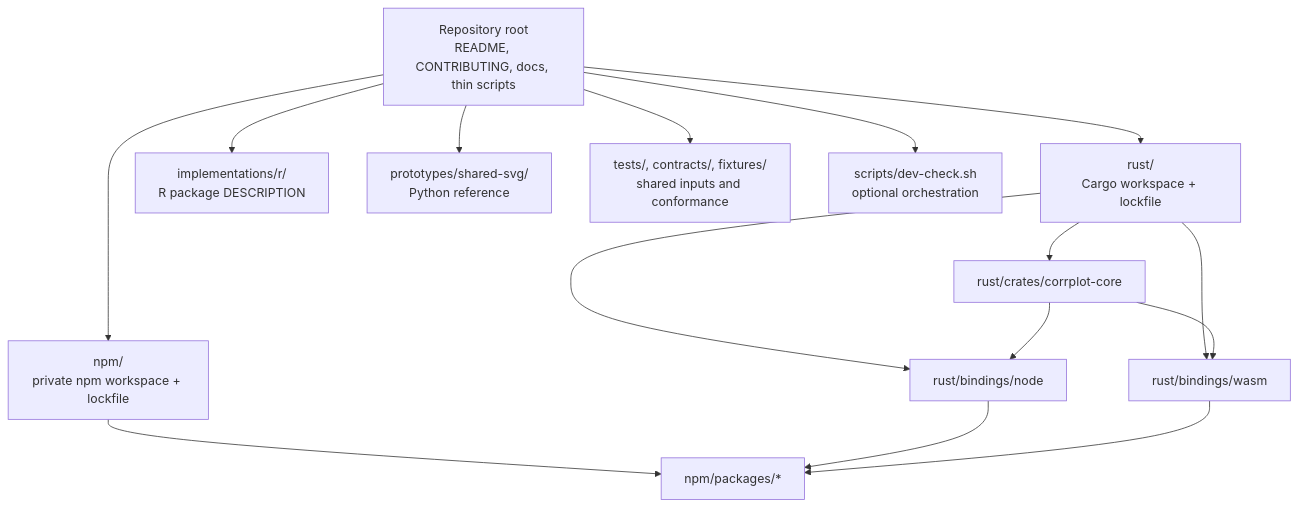
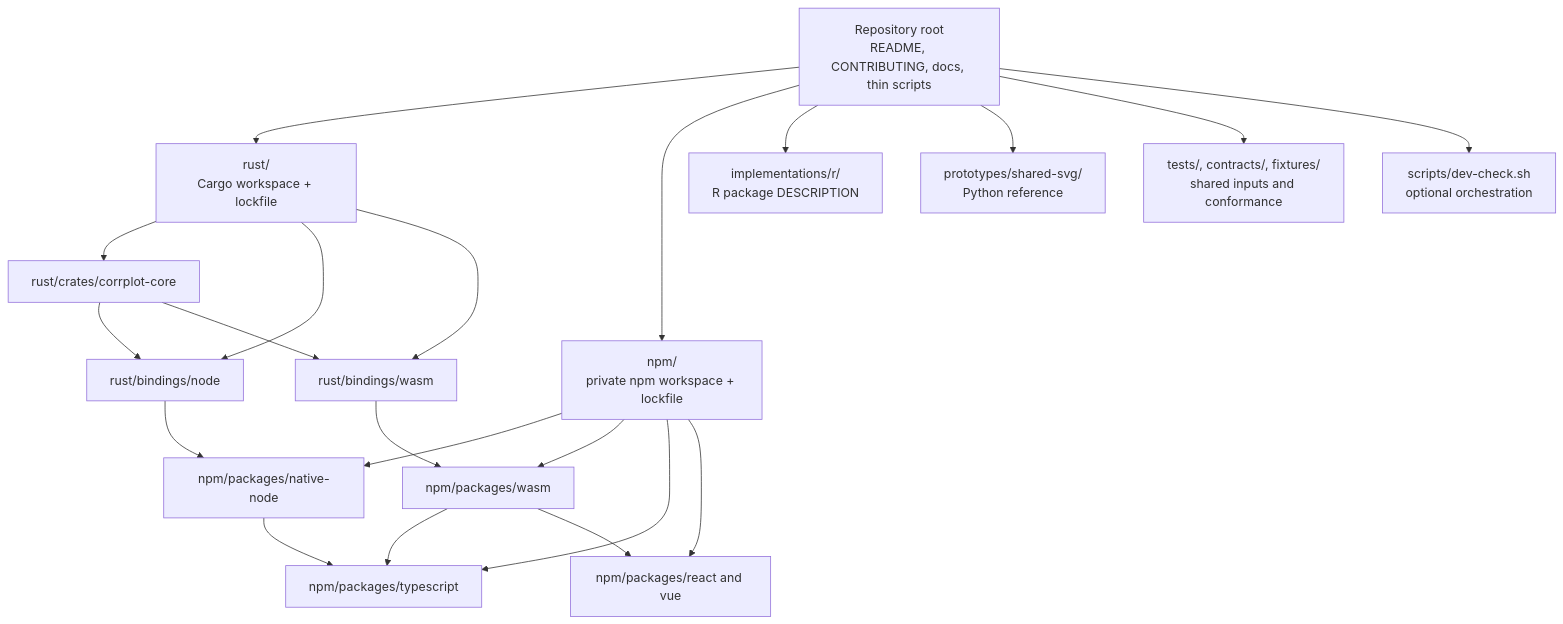
One commit to vsimko/corrplot-ng changed the diagram in docs/development.md. Above: the diagram before and after it, drawn with Mermaid.

Commit message:
docs: show actual Rust binding package boundaries

````diff
--- a/docs/development.md
+++ b/docs/development.md
@@ -38,18 +38,24 @@
 ```mermaid
 flowchart TB
     ROOT["Repository root\nREADME, CONTRIBUTING, docs, thin scripts"]
     ROOT --> RUST["rust/\nCargo workspace + lockfile"]
     ROOT --> NPM["npm/\nprivate npm workspace + lockfile"]
     ROOT --> RPKG["implementations/r/\nR package DESCRIPTION"]
     ROOT --> PY["prototypes/shared-svg/\nPython reference"]
     ROOT --> TESTS["tests/, contracts/, fixtures/\nshared inputs and conformance"]
     ROOT --> ORCH["scripts/dev-check.sh\noptional orchestration"]
     RUST --> CORE["rust/crates/corrplot-core"]
     RUST --> NODE_BINDING["rust/bindings/node"]
     RUST --> WASM_BINDING["rust/bindings/wasm"]
-    NPM --> PKGS["npm/packages/*"]
-    NODE_BINDING --> PKGS
-    WASM_BINDING --> PKGS
+    NPM --> NATIVE_PKG["npm/packages/native-node"]
+    NPM --> WASM_PKG["npm/packages/wasm"]
+    NPM --> TS_PKG["npm/packages/typescript"]
+    NPM --> FRAME_PKG["npm/packages/react and vue"]
     CORE --> NODE_BINDING
     CORE --> WASM_BINDING
+    NODE_BINDING --> NATIVE_PKG
+    WASM_BINDING --> WASM_PKG
+    NATIVE_PKG --> TS_PKG
+    WASM_PKG --> TS_PKG
+    WASM_PKG --> FRAME_PKG
 ```
````
